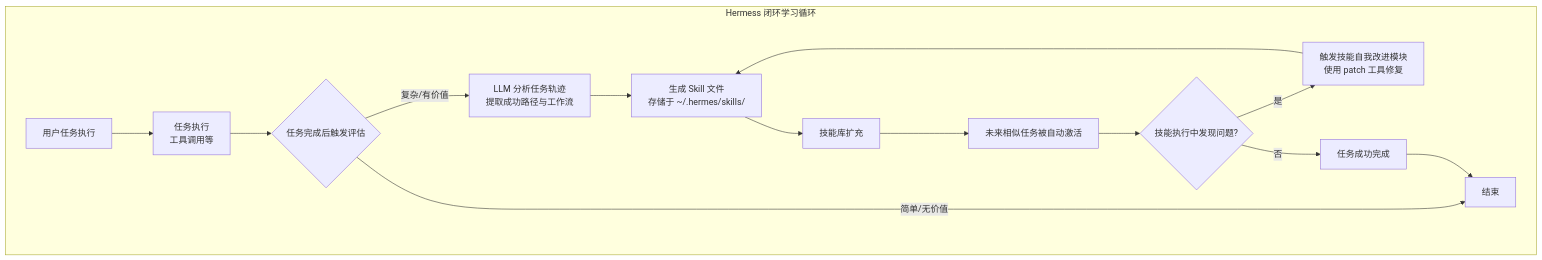
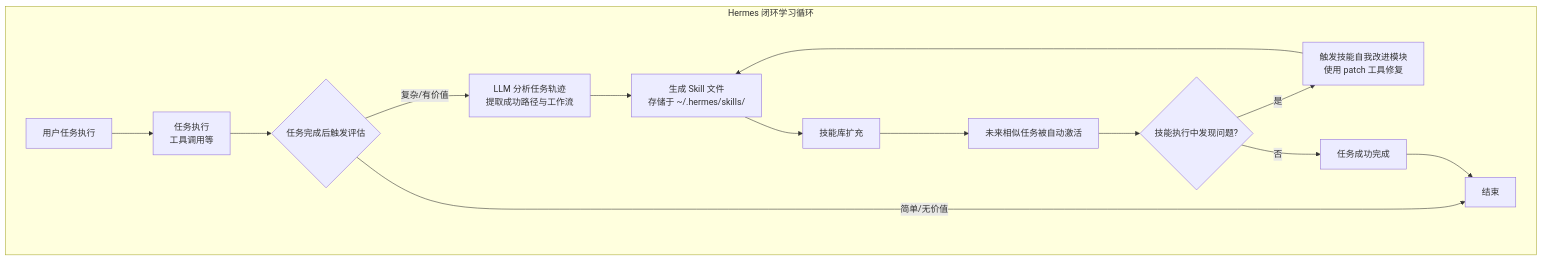
Before and after one commit to holny/Agent-Harness-Develop-Book: diagram 12 of 30 in README.md, drawn with Mermaid. The commit also changed other lines of this file, not shown here.

````diff
--- a/README.md
+++ b/README.md
@@ -1904,21 +1922,21 @@
 ```mermaid
 flowchart TD
-    subgraph Hermess [Hermess 闭环学习循环]
+    subgraph Hermes [Hermes 闭环学习循环]
         A[用户任务执行] --> B[任务执行<br>工具调用等]
         B --> C{任务完成后触发评估}
         
         C -- 复杂/有价值 --> D[LLM 分析任务轨迹<br>提取成功路径与工作流]
         C -- 简单/无价值 --> E[结束]
         
         D --> F[生成 Skill 文件<br>存储于 ~/.hermes/skills/]
         F --> G[技能库扩充]
         G --> H[未来相似任务被自动激活]
         
         H --> I{技能执行中发现问题?}
         I -- 是 --> J[触发技能自我改进模块<br>使用 patch 工具修复]
         I -- 否 --> K[任务成功完成]
         
         J --> F
         K --> E
     end
 ```
````
